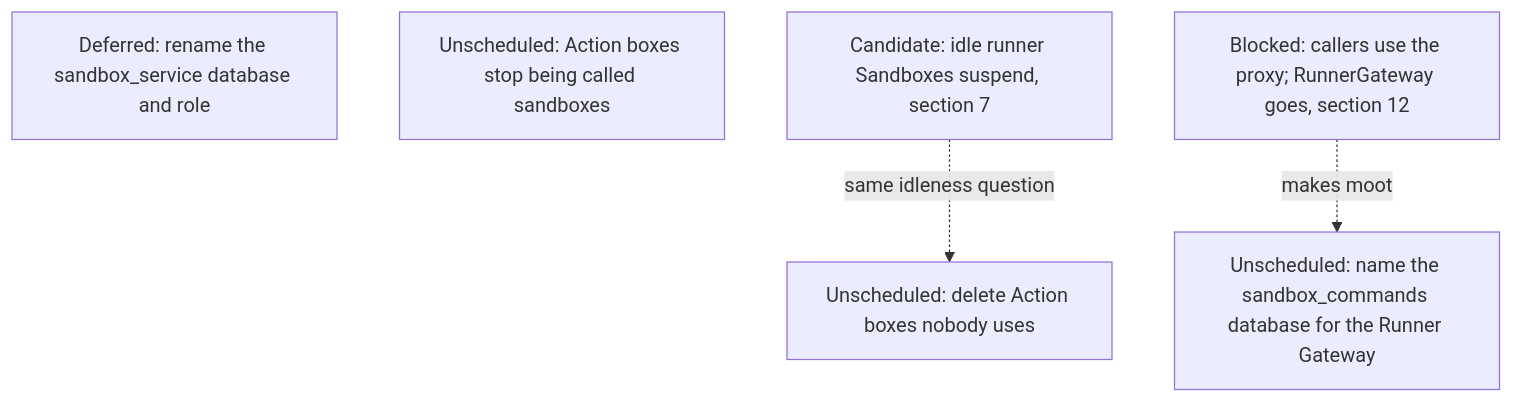
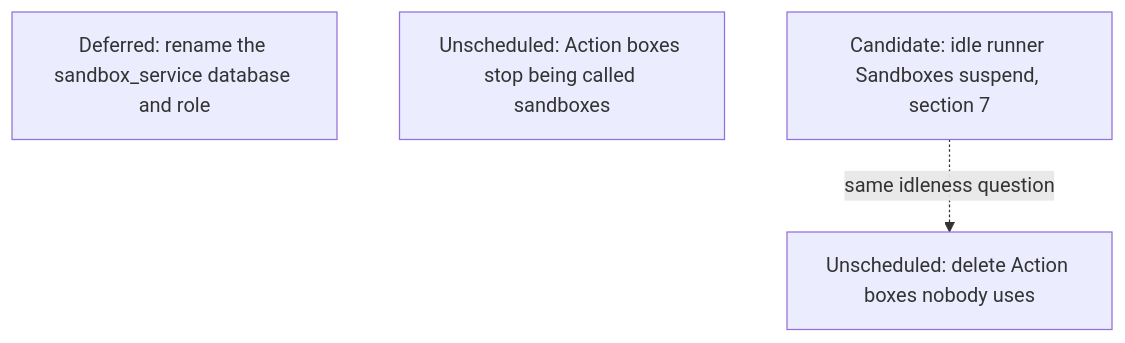
One commit to agentydragon-agent/ducktape changed diagram 12 of 16 in agentplane/plans/task_dag.md. Above: the diagram before and after it, drawn with Mermaid. The commit also changed other lines of this file, not shown here.

First line of the commit message:
Sequence Gateway database retirement before Go cutover (#10707)

````diff
--- a/agentplane/plans/task_dag.md
+++ b/agentplane/plans/task_dag.md
@@ -1202,9 +1202,7 @@
 ```mermaid
 flowchart TD
     HISTORY_DATABASE_RENAME[Deferred: rename the sandbox_service database and role]
-    SANDBOX_DATABASE_RENAME[Unscheduled: name the sandbox_commands database for the Runner Gateway]
     ACTION_BOX_RENAME[Unscheduled: Action boxes stop being called sandboxes]
     ACTION_BOX_IDLE_REAPER[Unscheduled: delete Action boxes nobody uses]
     SANDBOX_IDLE_EXPIRY[Candidate: idle runner Sandboxes suspend, section 7] -. same idleness question .-> ACTION_BOX_IDLE_REAPER
-    GATEWAY_WRAPPER_RETIRE[Blocked: callers use the proxy; RunnerGateway goes, section 12] -. makes moot .-> SANDBOX_DATABASE_RENAME
 ```
````
